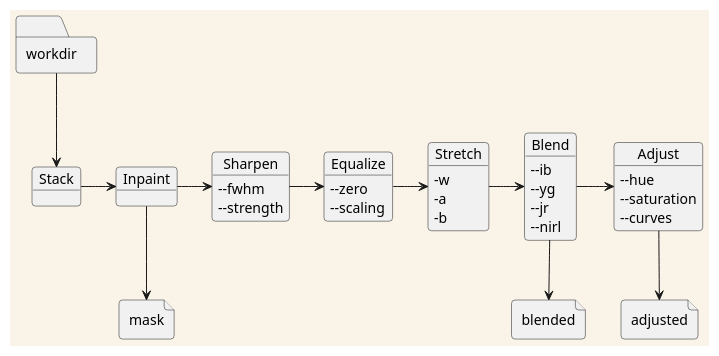
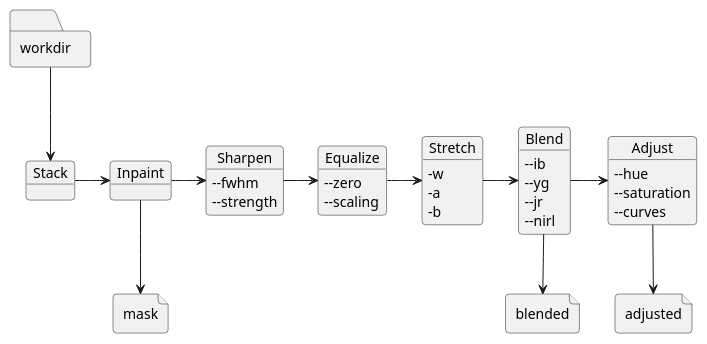
One commit to kabasset/azulero changed the first of 2 diagrams in docs/source/process.rst. Above: the diagram before and after it, drawn with PlantUML. The commit also changed other lines of this file and 1 other file, not shown here.

Commit message:
DOC: Make UML charts bg full width

```diff
--- a/docs/source/process.rst
+++ b/docs/source/process.rst
@@ -16,55 +16,55 @@
 .. plantuml::
    :align: center
 
    !theme mars
-   skinparam backgroundColor #FAF3E8
+   skinparam backgroundColor transparent
 
    folder workdir {
    }
    object Stack {
    }
    object Inpaint {
    }
    object Sharpen {
    --fwhm
    --strength
    }
    object Equalize {
    --zero
    --scaling
    }
    object Stretch {
    -w
    -a
    -b
    }
    object Blend {
    --ib
    --yg
    --jr
    --nirl
    }
    object Adjust {
    --hue
    --saturation
    --curves
    }
 
    workdir --> Stack
    Stack -> Inpaint
    Inpaint -> Sharpen
    Sharpen -> Equalize
    Equalize -> Stretch
    Stretch -> Blend
    Blend -> Adjust
 
    file mask {
    }
    file blended {
    }
    file adjusted {
    }
 
    Inpaint --> mask
    Blend --> blended
    Adjust --> adjusted
```
